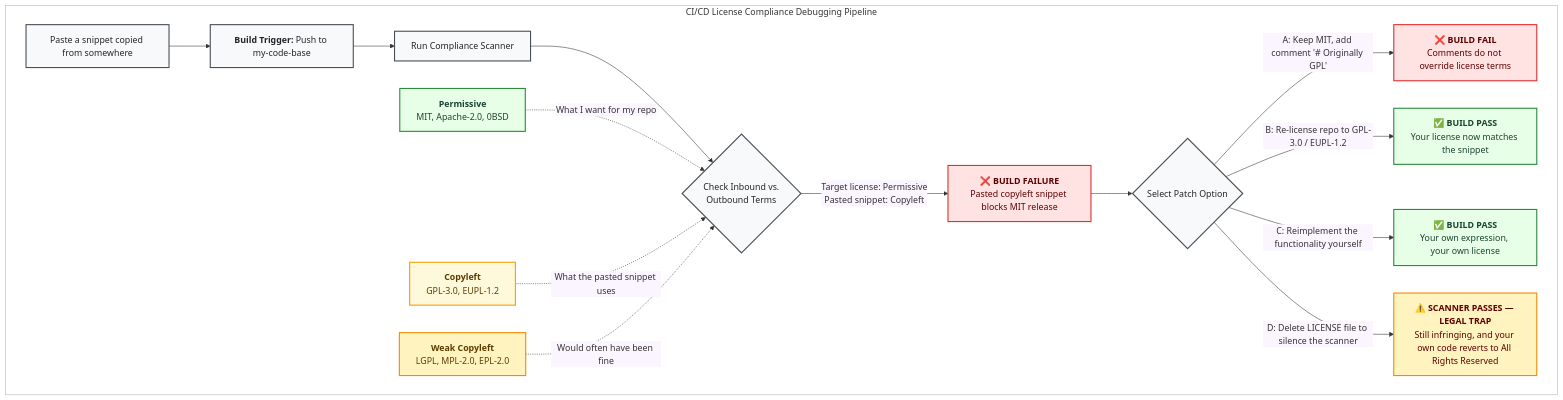
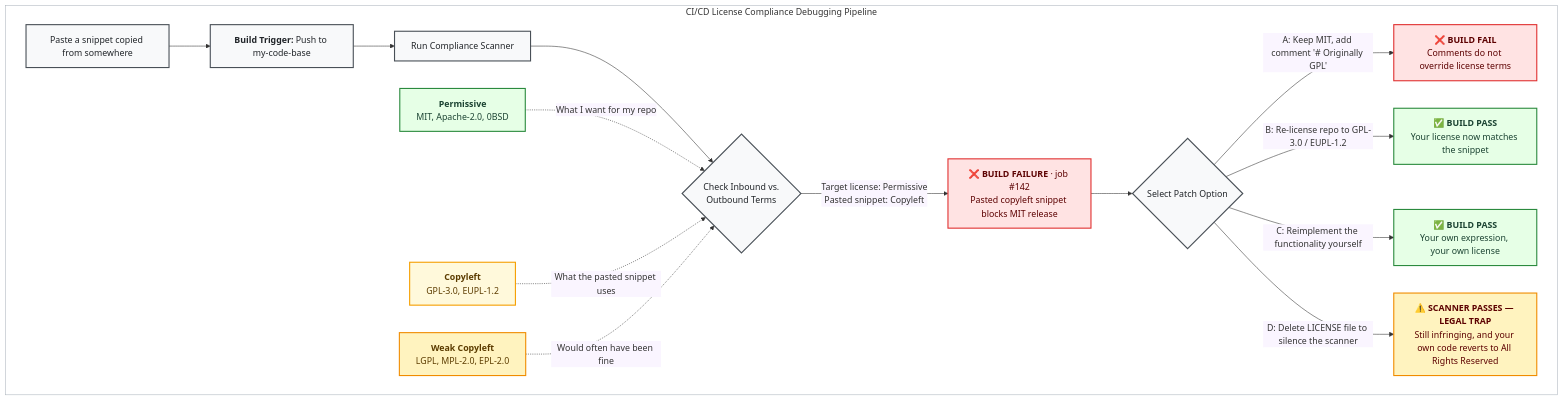
One commit to coderefinery/social-coding changed the second of 3 diagrams in content/software-licensing.md. Above: the diagram before and after it, drawn with Mermaid. The commit also changed other lines of this file, not shown here.

````diff
--- a/content/software-licensing.md
+++ b/content/software-licensing.md
@@ -94,43 +94,43 @@
 ```{mermaid}
 %%{init: {'themeVariables': { 'edgeLabelBackground': '#faf5ff' }}}%%
 flowchart TB
 
     subgraph box["CI/CD License Compliance Debugging Pipeline"]
         A["Paste a snippet copied from somewhere"] --> A2["<b>Build Trigger:</b> Push to my-code-base"]
         A2 --> B["Run Compliance Scanner"]
         B --> C{"Check Inbound vs.<br/>Outbound Terms"}
 
-        C -->|"Target license: Permissive<br/>Pasted snippet: Copyleft"| D["❌ <b>BUILD FAILURE</b><br/>Pasted copyleft snippet blocks MIT release"]
+        C -->|"Target license: Permissive<br/>Pasted snippet: Copyleft"| D["❌ <b>BUILD FAILURE</b> · job #142<br/>Pasted copyleft snippet blocks MIT release"]
 
         D --> E{"Select Patch Option"}
 
         E -->|"A: Keep MIT, add comment '# Originally GPL'"| F["❌ <b>BUILD FAIL</b><br/>Comments do not override license terms"]
         E -->|"B: Re-license repo to GPL-3.0 / EUPL-1.2"| G["✅ <b>BUILD PASS</b><br/>Your license now matches the snippet"]
         E -->|"C: Reimplement the functionality yourself"| H["✅ <b>BUILD PASS</b><br/>Your own expression, your own license"]
         E -->|"D: Delete LICENSE file to silence the scanner"| I["⚠️ <b>SCANNER PASSES — LEGAL TRAP</b><br/>Still infringing, and your own code reverts to All Rights Reserved"]
 
         P["<b>Permissive</b><br/>MIT, Apache-2.0, 0BSD"]
         WC["<b>Weak Copyleft</b><br/>LGPL, MPL-2.0, EPL-2.0"]
         CL["<b>Copyleft</b><br/>GPL-3.0, EUPL-1.2"]
     end
 
     P -.->|"What I want for my repo"| C
     CL -.->|"What the pasted snippet uses"| C
     WC -.->|"Would often have been fine"| C
 
     classDef pass fill:#e6ffe6,stroke:#2b8a3e,stroke-width:2px,color:#1b4332;
     classDef copyleft fill:#fff9db,stroke:#f59f00,stroke-width:2px,color:#5c3c00;
     classDef amber fill:#fff3bf,stroke:#f08c00,stroke-width:2px,color:#5c3c00;
     classDef fail fill:#ffe3e3,stroke:#e03131,stroke-width:2px,color:#5c0000;
     classDef warning fill:#fff3bf,stroke:#f08c00,stroke-width:2px,color:#5c0000;
     classDef neutral fill:#f8f9fa,stroke:#495057,stroke-width:2px,color:#212529;
     classDef box_fill fill:#ffffff,stroke:#adb5bd,stroke-width:1px;
 
     class P,G,H pass;
     class CL copyleft;
     class WC amber;
     class D,F fail;
     class I warning;
     class A,A2,B,C,E neutral;
     class box box_fill;
 ```
````
